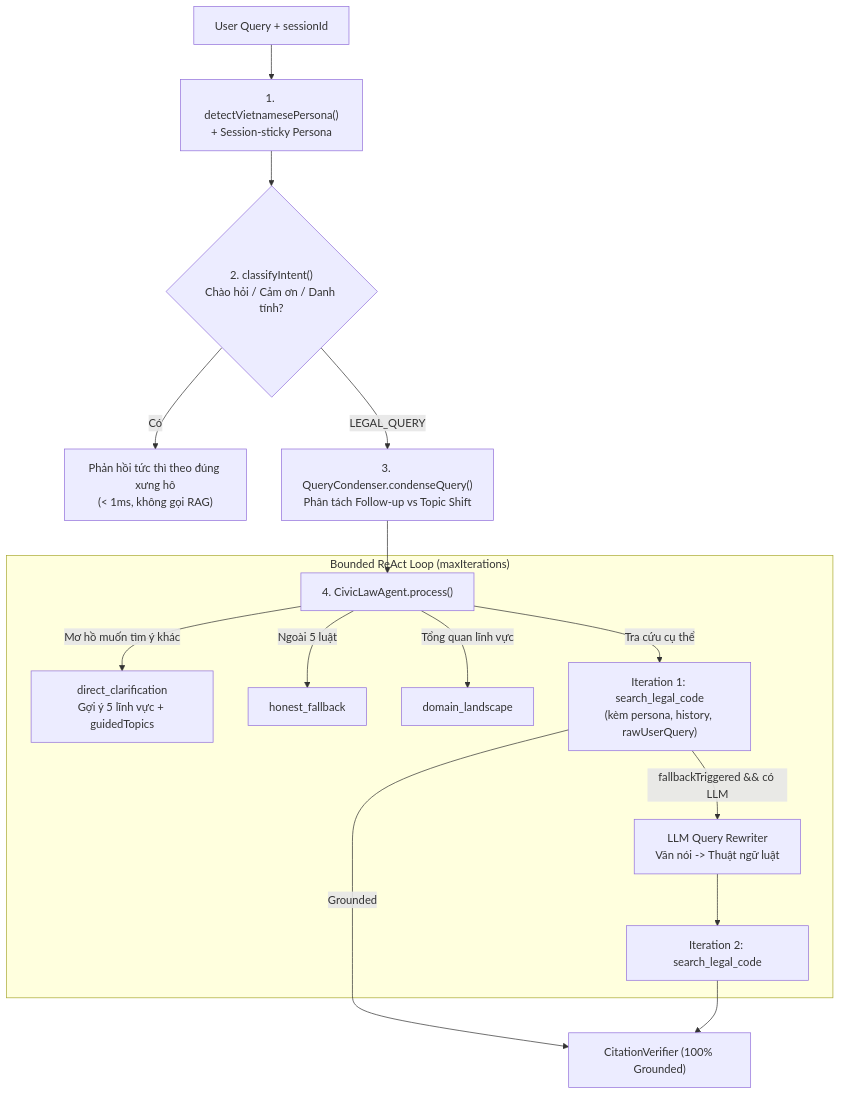
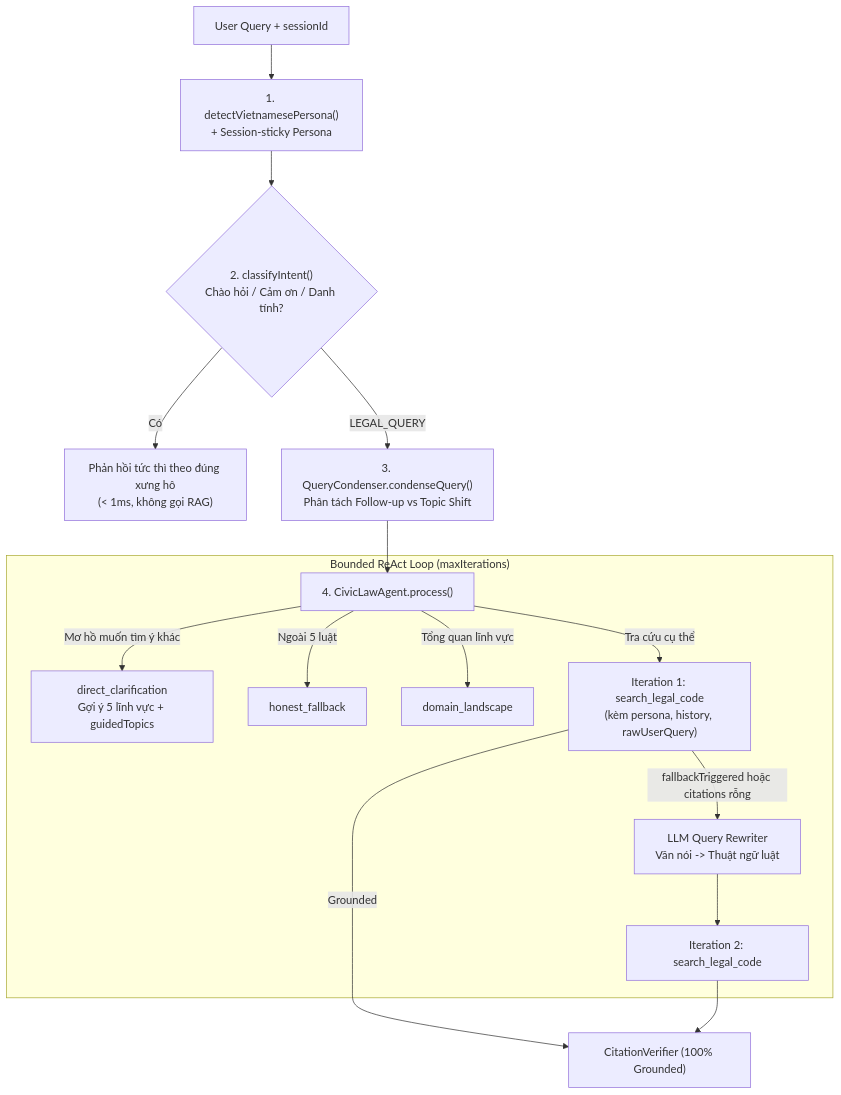
Before and after one commit to sanggit999/civiclaw-ai: the diagram in specs/015-conversational-agentic-rag/plan.md, drawn with Mermaid. The commit also changed 11 other files, not shown here.

````diff
--- a/specs/015-conversational-agentic-rag/plan.md
+++ b/specs/015-conversational-agentic-rag/plan.md
@@ -9,20 +9,20 @@
 ```mermaid
 flowchart TD
     U["User Query + sessionId"] --> P["1. detectVietnamesePersona()\n+ Session-sticky Persona"]
     P --> IR{"2. classifyIntent()\nChào hỏi / Cảm ơn / Danh tính?"}
     IR -->|Có| Direct["Phản hồi tức thì theo đúng xưng hô\n(< 1ms, không gọi RAG)"]
     IR -->|LEGAL_QUERY| QC["3. QueryCondenser.condenseQuery()\nPhân tách Follow-up vs Topic Shift"]
     QC --> AG["4. CivicLawAgent.process()"]
 
     subgraph Hermes["Bounded ReAct Loop (maxIterations)"]
         AG -->|Mơ hồ muốn tìm ý khác| Clarify["direct_clarification\nGợi ý 5 lĩnh vực + guidedTopics"]
         AG -->|Ngoài 5 luật| Fallback["honest_fallback"]
         AG -->|Tổng quan lĩnh vực| Landscape["domain_landscape"]
         AG -->|Tra cứu cụ thể| Search1["Iteration 1: search_legal_code\n(kèm persona, history, rawUserQuery)"]
-        Search1 -->|fallbackTriggered && có LLM| Rewrite["LLM Query Rewriter\nVăn nói -> Thuật ngữ luật"]
+        Search1 -->|fallbackTriggered hoặc citations rỗng| Rewrite["LLM Query Rewriter\nVăn nói -> Thuật ngữ luật"]
         Rewrite --> Search2["Iteration 2: search_legal_code"]
     end
 
     Search1 -->|Grounded| Verifier["CitationVerifier (100% Grounded)"]
     Search2 --> Verifier
 ```
````
